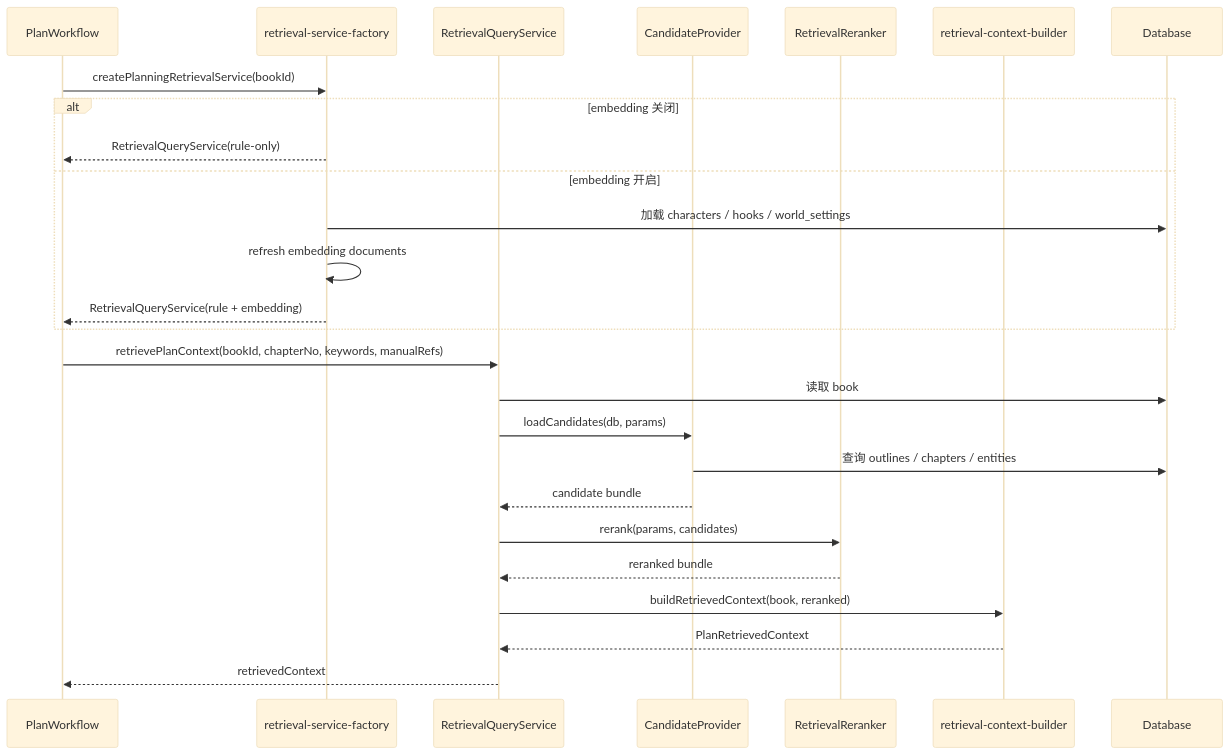
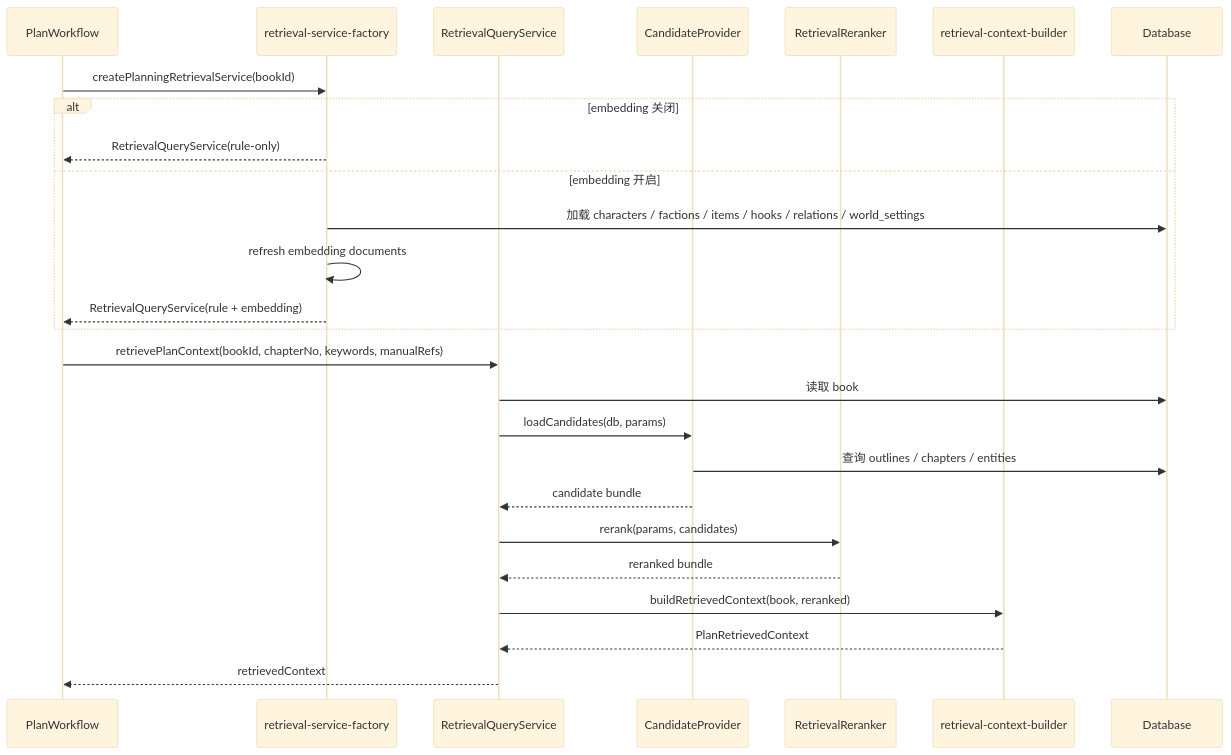
The second of 3 diagrams in docs/retrieval-pipeline-guide.md (housirvip/myai-novel), drawn with Mermaid (base theme) before and after one commit. The commit also changed other lines of this file and 4 other files, not shown here.

````diff
--- a/docs/retrieval-pipeline-guide.md
+++ b/docs/retrieval-pipeline-guide.md
@@ -116,30 +119,30 @@
 ```mermaid
 sequenceDiagram
     participant Plan as PlanWorkflow
     participant Factory as retrieval-service-factory
     participant Service as RetrievalQueryService
     participant Provider as CandidateProvider
     participant Reranker as RetrievalReranker
     participant Builder as retrieval-context-builder
     participant DB as Database
 
     Plan->>Factory: createPlanningRetrievalService(bookId)
     alt embedding 关闭
         Factory-->>Plan: RetrievalQueryService(rule-only)
     else embedding 开启
-        Factory->>DB: 加载 characters / hooks / world_settings
+        Factory->>DB: 加载 characters / factions / items / hooks / relations / world_settings
         Factory->>Factory: refresh embedding documents
         Factory-->>Plan: RetrievalQueryService(rule + embedding)
     end
 
     Plan->>Service: retrievePlanContext(bookId, chapterNo, keywords, manualRefs)
     Service->>DB: 读取 book
     Service->>Provider: loadCandidates(db, params)
     Provider->>DB: 查询 outlines / chapters / entities
     Provider-->>Service: candidate bundle
     Service->>Reranker: rerank(params, candidates)
     Reranker-->>Service: reranked bundle
     Service->>Builder: buildRetrievedContext(book, reranked)
     Builder-->>Service: PlanRetrievedContext
     Service-->>Plan: retrievedContext
 ```
````
